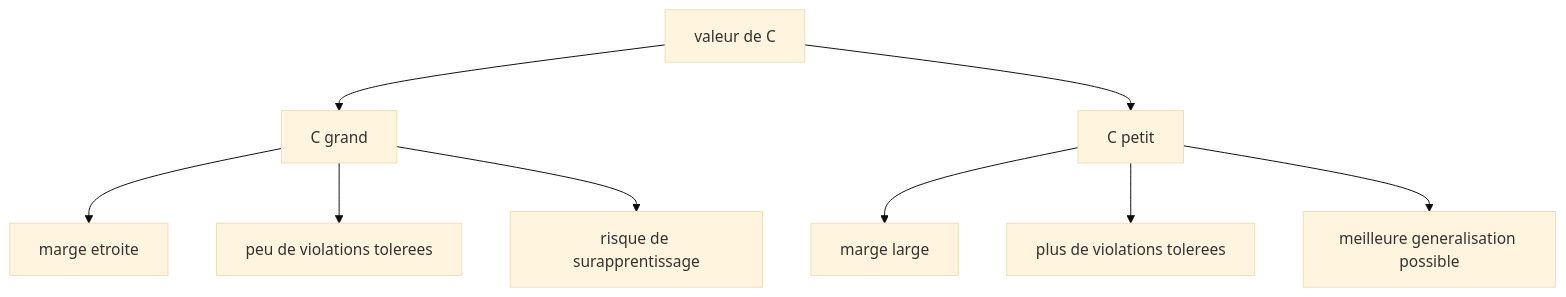
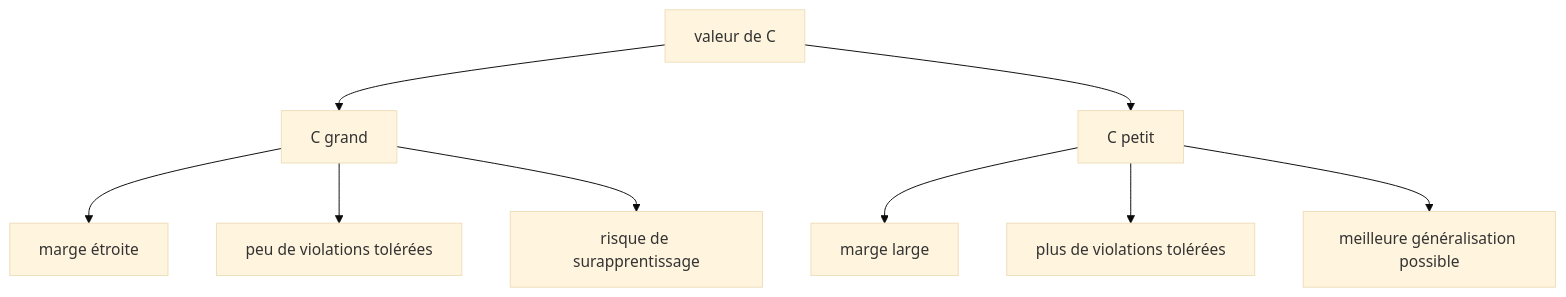
One commit to tanguychenier/Mathematiques-pour-le-Machine-Learning changed the second of 4 diagrams in chapitres/12-classification-svm.md. Above: the diagram before and after it, drawn with Mermaid (base theme). The commit also changed other lines of this file and 14 other files, not shown here.

Commit message:
docs: review tone and accents, explain terms, drop em-dashes, add three diagrams

````diff
--- a/chapitres/12-classification-svm.md
+++ b/chapitres/12-classification-svm.md
@@ -165,11 +165,11 @@
 ```mermaid
 graph TD
     C["valeur de C"] --> G["C grand"]
     C --> P["C petit"]
-    G --> G1["marge etroite"]
-    G --> G2["peu de violations tolerees"]
+    G --> G1["marge étroite"]
+    G --> G2["peu de violations tolérées"]
     G --> G3["risque de surapprentissage"]
     P --> P1["marge large"]
-    P --> P2["plus de violations tolerees"]
-    P --> P3["meilleure generalisation possible"]
+    P --> P2["plus de violations tolérées"]
+    P --> P3["meilleure généralisation possible"]
 ```
````
